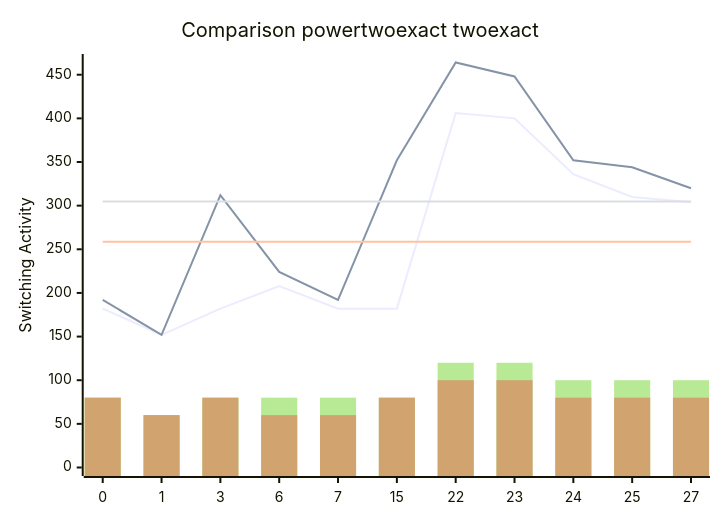
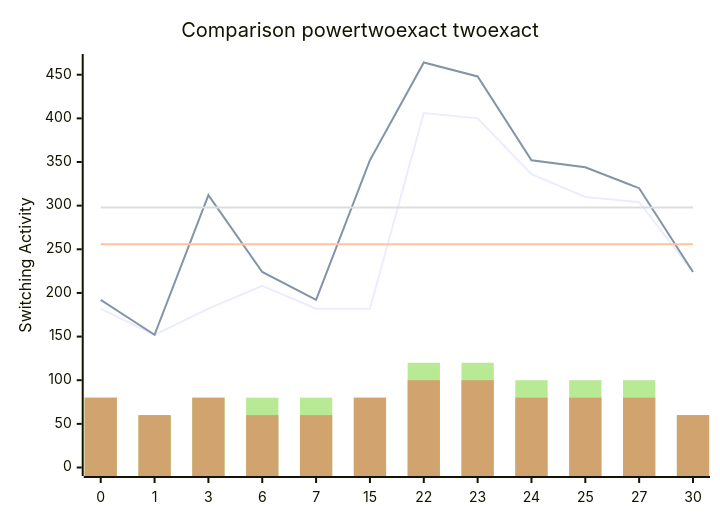
Before and after one commit to FeldmeierMichael/Exact-Power-Synthesis: the diagram in benchmark_opt.md, drawn with Mermaid. The commit also changed other lines of this file, not shown here.

````diff
--- a/benchmark_opt.md
+++ b/benchmark_opt.md
@@ -27,12 +29,12 @@
 ```mermaid
 xychart-beta
     title "Comparison powertwoexact twoexact"
-    x-axis [0, 1, 3, 6, 7, 15, 22, 23, 24, 25, 27]
+    x-axis [0, 1, 3, 6, 7, 15, 22, 23, 24, 25, 27, 30]
     y-axis "Switching Activity" 0-->464
-    line [182, 152, 182, 208, 182, 182, 406, 400, 336, 310, 304]
-    line [192, 152, 312, 224, 192, 352, 464, 448, 352, 344, 320]
-    line [258.54545454545456, 258.54545454545456, 258.54545454545456, 258.54545454545456, 258.54545454545456, 258.54545454545456, 258.54545454545456, 258.54545454545456, 258.54545454545456, 258.54545454545456, 258.54545454545456]
-    line [304.72727272727275, 304.72727272727275, 304.72727272727275, 304.72727272727275, 304.72727272727275, 304.72727272727275, 304.72727272727275, 304.72727272727275, 304.72727272727275, 304.72727272727275, 304.72727272727275]
-    bar [80, 60, 80, 80, 80, 80, 120, 120, 100, 100, 100]
-    bar [80, 60, 80, 60, 60, 80, 100, 100, 80, 80, 80]
+    line [182, 152, 182, 208, 182, 182, 406, 400, 336, 310, 304, 224]
+    line [192, 152, 312, 224, 192, 352, 464, 448, 352, 344, 320, 224]
+    line [255.66666666666666, 255.66666666666666, 255.66666666666666, 255.66666666666666, 255.66666666666666, 255.66666666666666, 255.66666666666666, 255.66666666666666, 255.66666666666666, 255.66666666666666, 255.66666666666666, 255.66666666666666]
+    line [298.0, 298.0, 298.0, 298.0, 298.0, 298.0, 298.0, 298.0, 298.0, 298.0, 298.0, 298.0]
+    bar [80, 60, 80, 80, 80, 80, 120, 120, 100, 100, 100, 60]
+    bar [80, 60, 80, 60, 60, 80, 100, 100, 80, 80, 80, 60]
 ```
````
